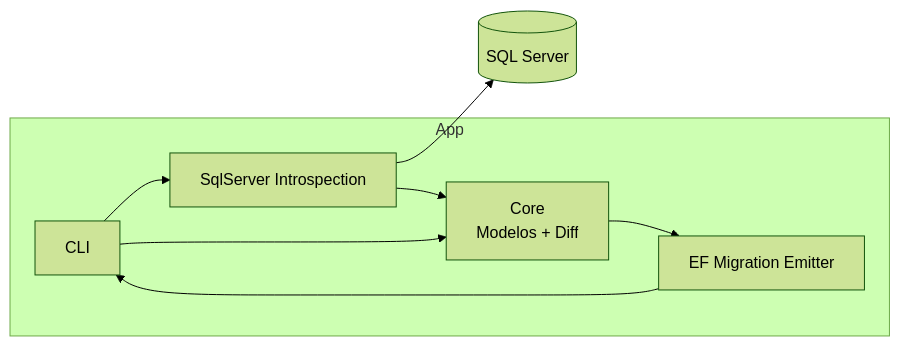
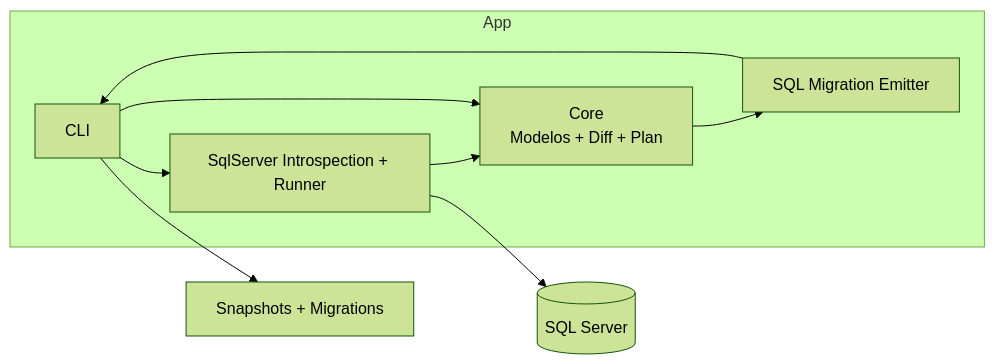
The second of 4 diagrams in README.md (gonzaromeroatton/frapper), drawn with Mermaid (forest theme) before and after one commit. The commit also changed other lines of this file, not shown here.

Commit message:
Actualiza el README para reflejar la versión actual de .NET, mejora la descripción del flujo de trabajo y aclara conceptos clave sobre snapshots y migraciones en Frapper.

````diff
--- a/README.md
+++ b/README.md
@@ -310,18 +656,20 @@
 ```mermaid
 flowchart LR
     subgraph App
         CLI[CLI]
-        Core[Core<br/>Modelos + Diff]
-        Emitter[EF Migration Emitter]
-        SqlMod[SqlServer Introspection]
+        Core[Core<br/>Modelos + Diff + Plan]
+        Emitter[SQL Migration Emitter]
+        SqlMod[SqlServer Introspection + Runner]
     end
 
     DB[(SQL Server)]
+    Files[Snapshots + Migrations]
 
     CLI --> SqlMod
     SqlMod --> DB
     SqlMod --> Core
     CLI --> Core
     Core --> Emitter
     Emitter --> CLI
+    CLI --> Files
 ```
````
